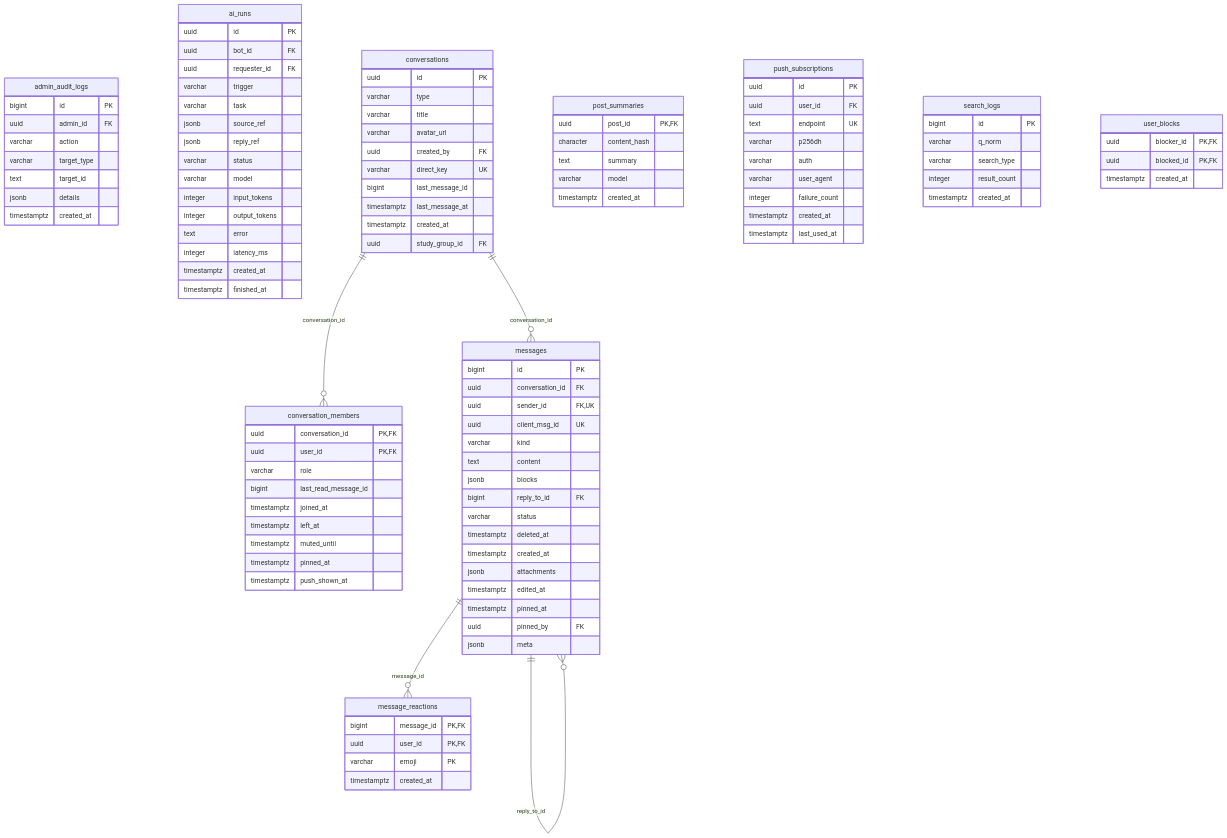
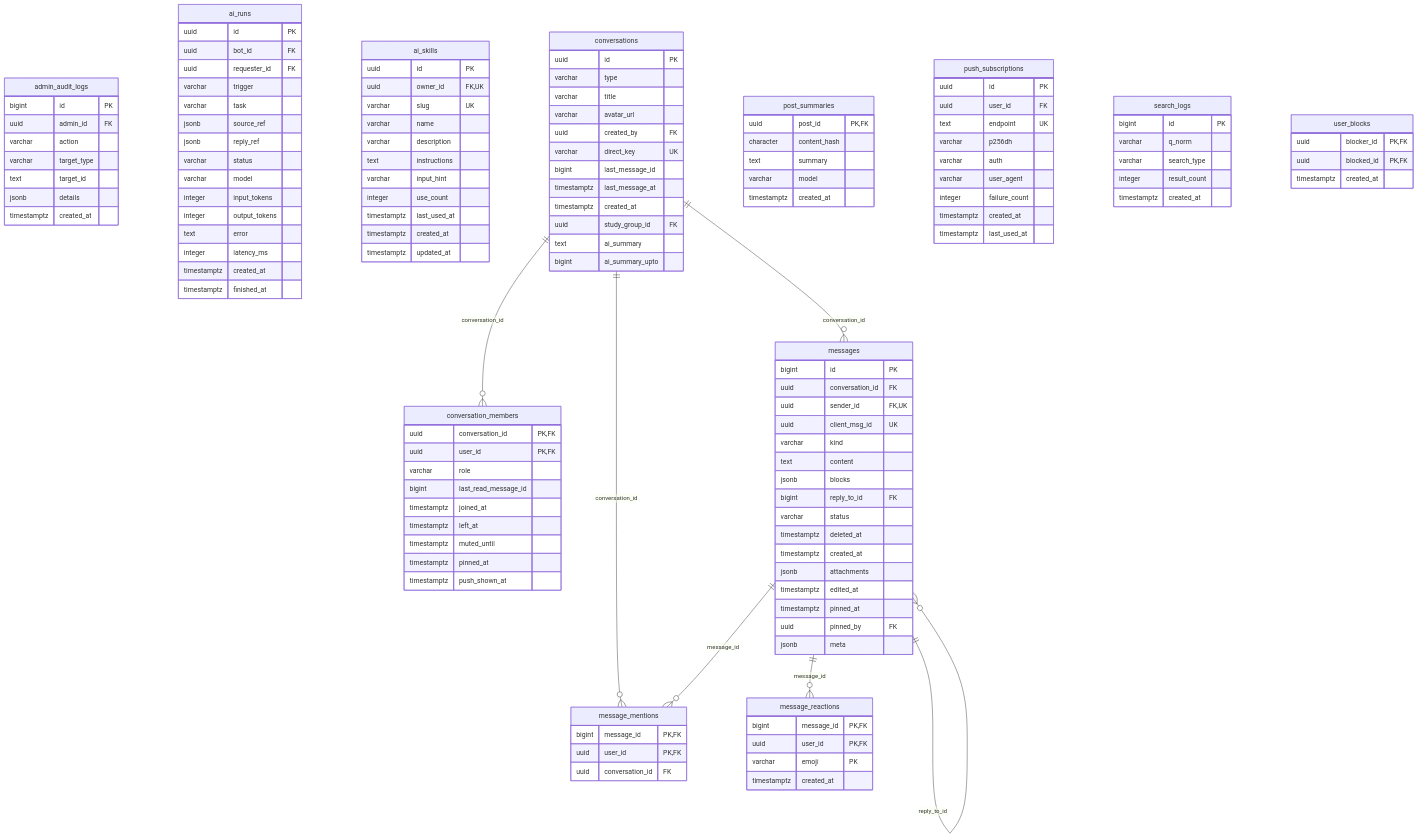
One commit to nhatcoi/pu-connect changed the seventh of 7 diagrams in docs/diagrams/04-erd.md. Above: the diagram before and after it, drawn with Mermaid. The commit also changed other lines of this file and 6 other files, not shown here.

Commit message:
docs(chat): document mentions, AI threads, skills, connectors; regenerate ERD

```diff
--- a/docs/diagrams/04-erd.md
+++ b/docs/diagrams/04-erd.md
@@ -466,6 +468,19 @@
     timestamptz created_at
     timestamptz finished_at
   }
+  ai_skills {
+    uuid id PK
+    uuid owner_id FK,UK
+    varchar slug UK
+    varchar name
+    varchar description
+    text instructions
+    varchar input_hint
+    integer use_count
+    timestamptz last_used_at
+    timestamptz created_at
+    timestamptz updated_at
+  }
   conversation_members {
     uuid conversation_id PK,FK
     uuid user_id PK,FK
@@ -488,6 +503,13 @@
     timestamptz last_message_at
     timestamptz created_at
     uuid study_group_id FK
+    text ai_summary
+    bigint ai_summary_upto
+  }
+  message_mentions {
+    bigint message_id PK,FK
+    uuid user_id PK,FK
+    uuid conversation_id FK
   }
   message_reactions {
     bigint message_id PK,FK
@@ -544,6 +566,8 @@
     timestamptz created_at
   }
   conversations ||--o{ conversation_members : "conversation_id"
+  conversations ||--o{ message_mentions : "conversation_id"
+  messages ||--o{ message_mentions : "message_id"
   messages ||--o{ message_reactions : "message_id"
   conversations ||--o{ messages : "conversation_id"
   messages ||--o{ messages : "reply_to_id"
```
